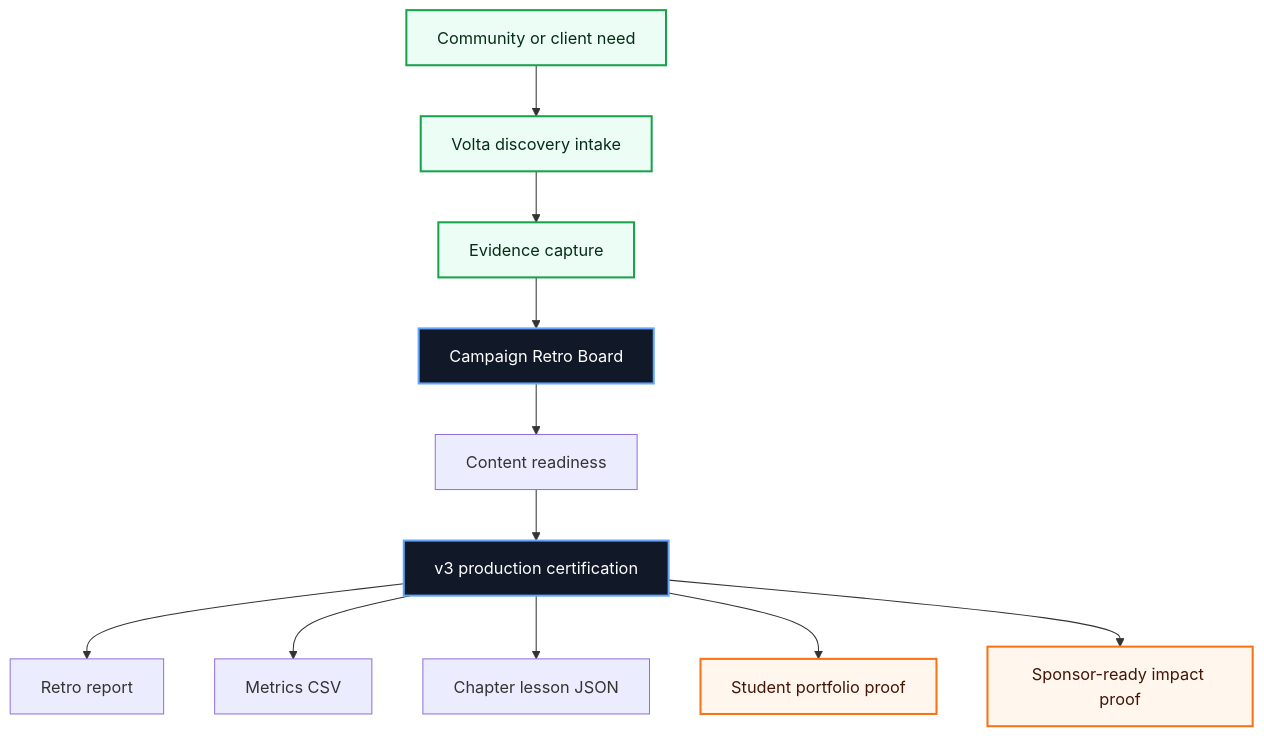
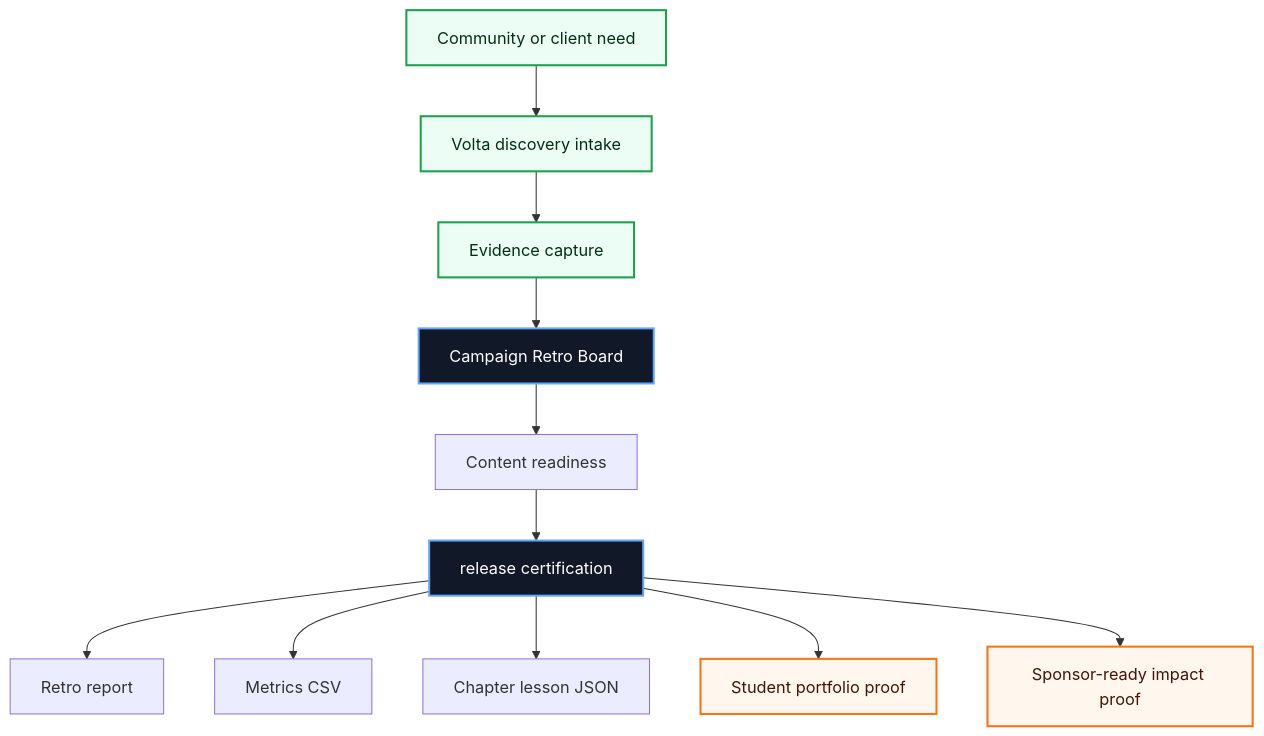
Before and after one commit to volta-npo/campaign-retro-board: the first of 3 diagrams in README.md, drawn with Mermaid. The commit also changed other lines of this file and 28 other files, not shown here.

````diff
--- a/README.md
+++ b/README.md
@@ -43,20 +43,20 @@
 ```mermaid
 flowchart TD
     Need["Community or client need"] --> Intake["Volta discovery intake"]
     Intake --> Evidence["Evidence capture"]
     Evidence --> Workbench["Campaign Retro Board"]
     Workbench --> Score["Content readiness"]
-    Score --> Cert["v3 production certification"]
+    Score --> Cert["release certification"]
     Cert --> A1["Retro report"]
     Cert --> A2["Metrics CSV"]
     Cert --> A3["Chapter lesson JSON"]
     Cert --> Student["Student portfolio proof"]
     Cert --> Sponsor["Sponsor-ready impact proof"]
 
     classDef volta fill:#111827,stroke:#60a5fa,color:#ffffff,stroke-width:2px;
     classDef equity fill:#ecfdf5,stroke:#16a34a,color:#052e16,stroke-width:2px;
     classDef proof fill:#fff7ed,stroke:#f97316,color:#431407,stroke-width:2px;
     class Workbench,Cert volta;
     class Need,Intake,Evidence equity;
     class Student,Sponsor proof;
 ```
````
